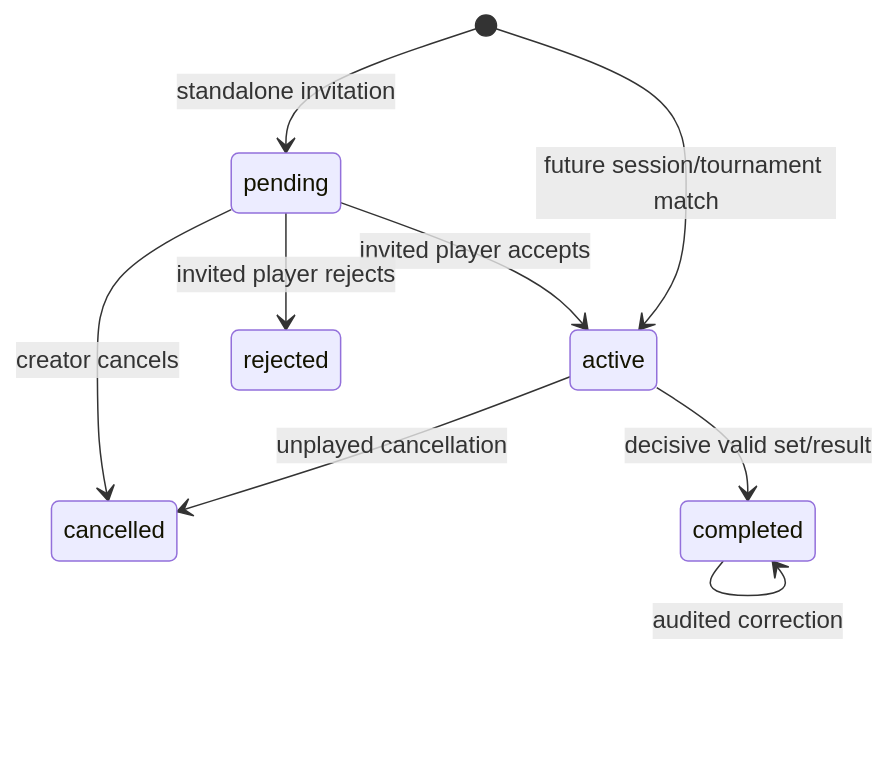
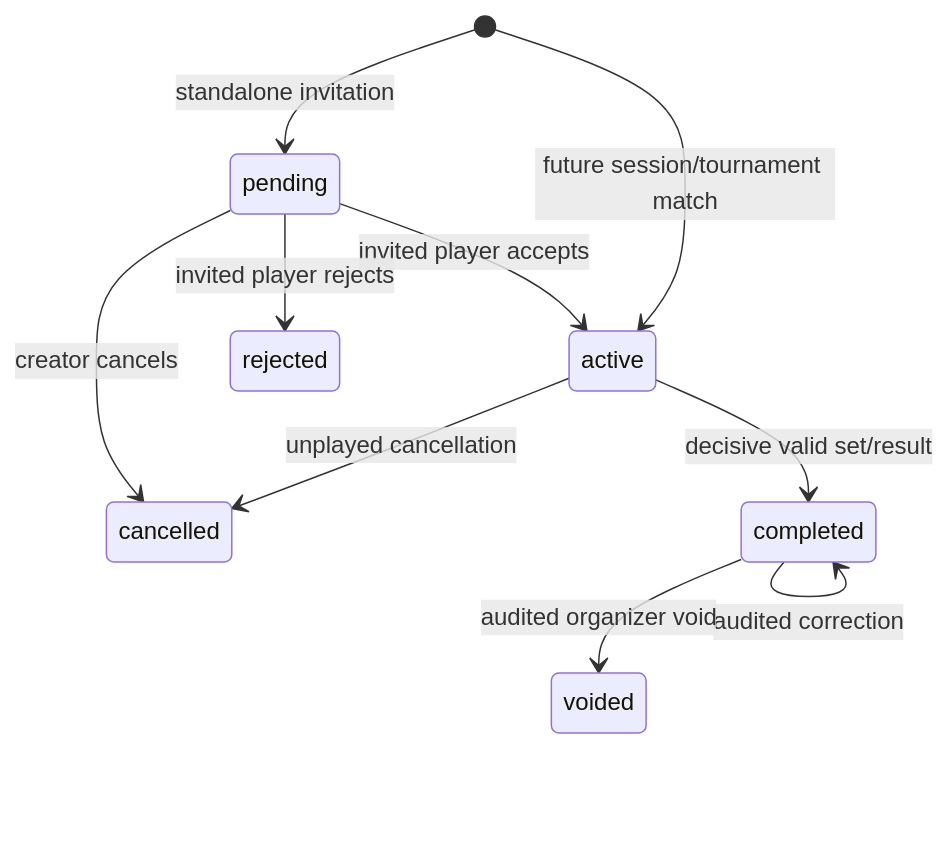
Before and after one commit to DmitriiSvarovskii/ping-pong-bot: the second of 2 diagrams in docs/ARCHITECTURE.md, drawn with Mermaid. The commit also changed other lines of this file and 100 other files, not shown here.

````diff
--- a/docs/ARCHITECTURE.md
+++ b/docs/ARCHITECTURE.md
@@ -114,11 +117,12 @@
 ```mermaid
 stateDiagram-v2
   [*] --> pending: standalone invitation
   pending --> active: invited player accepts
   pending --> rejected: invited player rejects
   pending --> cancelled: creator cancels
   [*] --> active: future session/tournament match
   active --> completed: decisive valid set/result
   active --> cancelled: unplayed cancellation
   completed --> completed: audited correction
+  completed --> voided: audited organizer void
 ```
````
